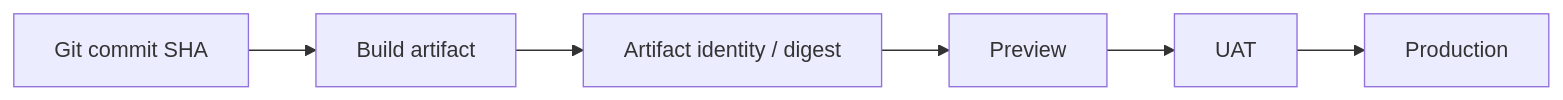
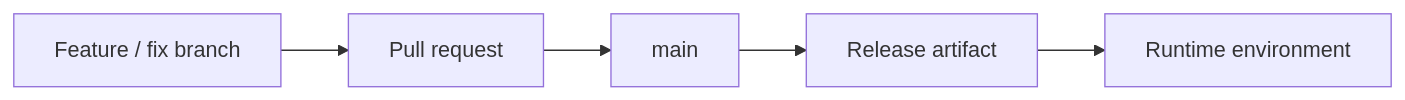
Before and after one commit to kumarchandansingh/tropos: the third of 4 diagrams in docs/delivery/ENVIRONMENT_STRATEGY.md, drawn with Mermaid. The commit also changed other lines of this file and 13 other files, not shown here.

````diff
--- a/docs/delivery/ENVIRONMENT_STRATEGY.md
+++ b/docs/delivery/ENVIRONMENT_STRATEGY.md
@@ -61,9 +36,8 @@
 ```mermaid
 flowchart LR
-    SHA[Git commit SHA]
-    --> Build[Build artifact]
-    --> Digest[Artifact identity / digest]
-    --> Preview[Preview]
-    --> UAT[UAT]
-    --> Prod[Production]
+    Branch[Feature / fix branch]
+    --> PR[Pull request]
+    --> Main[main]
+    --> Artifact[Release artifact]
+    --> Environment[Runtime environment]
 ```
````
